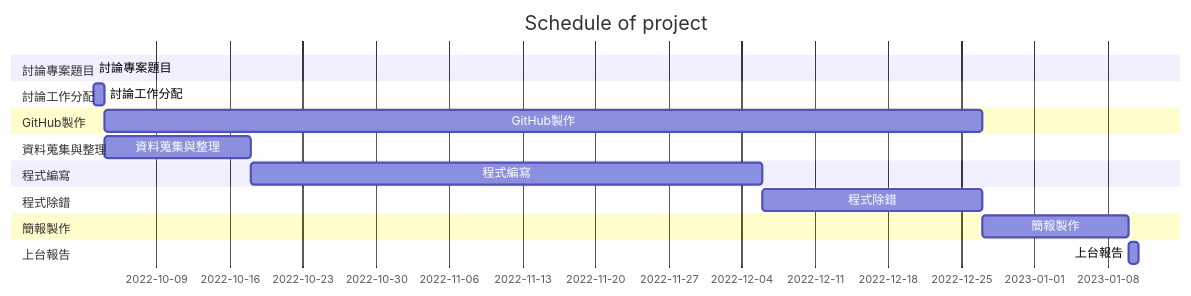
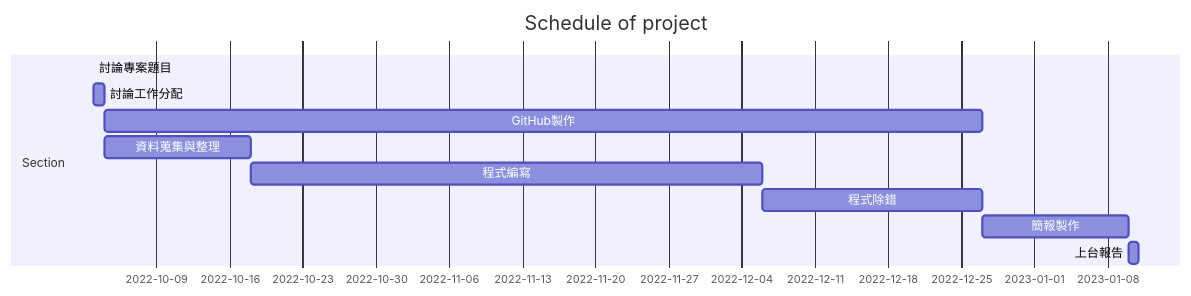
Before and after one commit to Zhiyupan237/Group3: the diagram in README.md, drawn with Mermaid.

Commit message:
Edit Gantt chart

````diff
--- a/README.md
+++ b/README.md
@@ -24,21 +24,21 @@
 ```mermaid
 gantt
     title Schedule of project
 
-    section 討論專案題目
+    section Section
     討論專案題目      :active,  des1,2022-10-03  , 2022-10-04
-    section 討論工作分配
+    
     討論工作分配      :         des2, after des1 , 1d
-    section GitHub製作
+    
     GitHub製作     :         des3, after des2  , 84d
-    section 資料蒐集與整理
+    
     資料蒐集與整理      :         des4, after des2  , 14d
-    section 程式編寫
+    
     程式編寫      :         des5, after des4  , 49d
-    section 程式除錯
+    
     程式除錯      :         des6, after des5  , 21d
-    section 簡報製作
+    
     簡報製作      :         des7, after des3  , 14d
-    section 上台報告
+    
     上台報告      :         des8, after des7  , 1d
 ```
````
